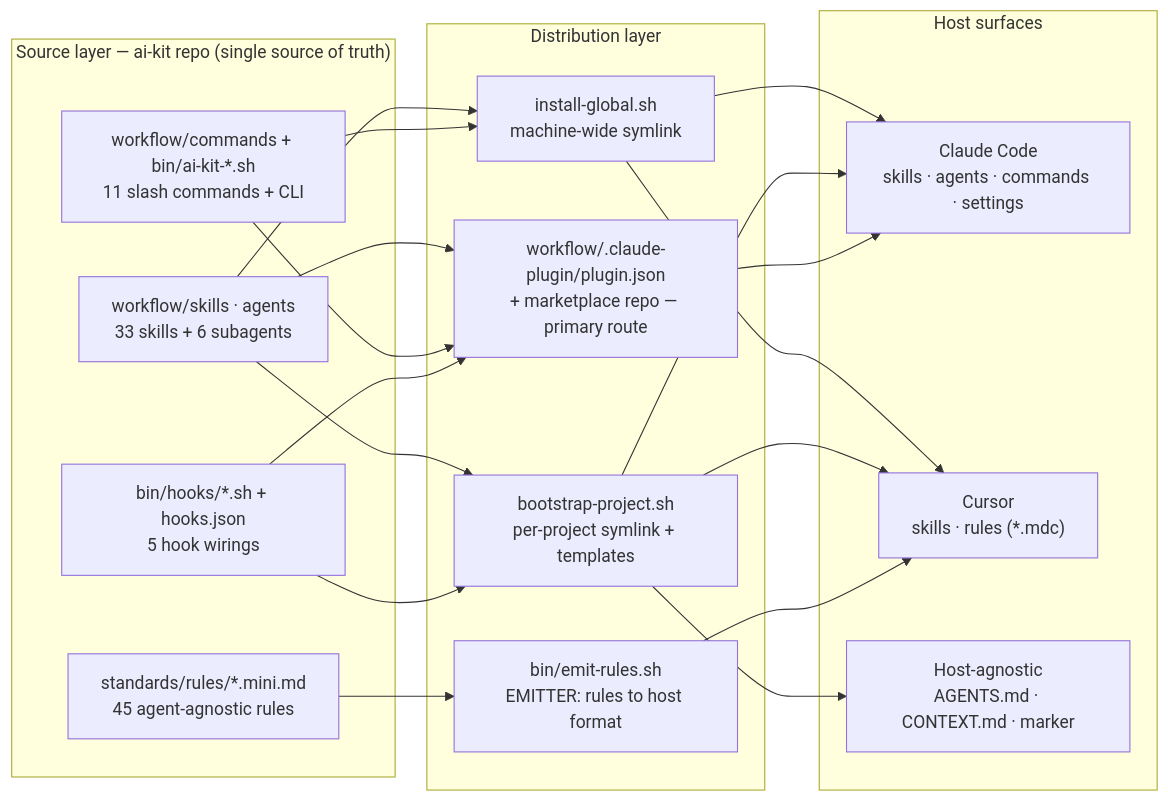
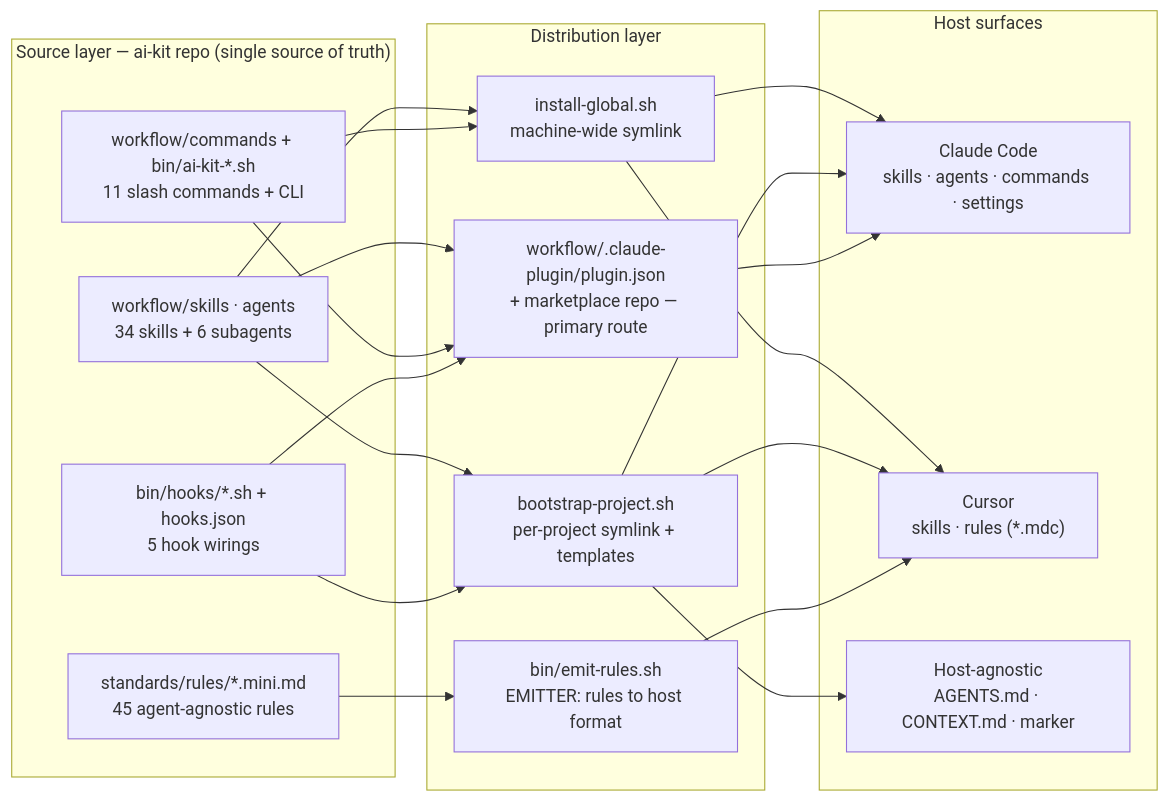
The first of 2 diagrams in docs/diagrams.md (yusufkaracaburun/ai-kit), drawn with Mermaid before and after one commit. The commit also changed 12 other files, not shown here.

````diff
--- a/docs/diagrams.md
+++ b/docs/diagrams.md
@@ -10,32 +10,32 @@
 ```mermaid
 flowchart LR
   subgraph SRC["Source layer — ai-kit repo (single source of truth)"]
-    SA["workflow/skills · agents<br/>33 skills + 6 subagents"]
+    SA["workflow/skills · agents<br/>34 skills + 6 subagents"]
     CB["workflow/commands + bin/ai-kit-*.sh<br/>11 slash commands + CLI"]
     H["bin/hooks/*.sh + hooks.json<br/>5 hook wirings"]
     R["standards/rules/*.mini.md<br/>45 agent-agnostic rules"]
   end
 
   subgraph DIST["Distribution layer"]
     IG["install-global.sh<br/>machine-wide symlink"]
     PL["workflow/.claude-plugin/plugin.json<br/>+ marketplace repo — primary route"]
     BP["bootstrap-project.sh<br/>per-project symlink + templates"]
     ER["bin/emit-rules.sh<br/>EMITTER: rules to host format"]
   end
 
   subgraph HOSTS["Host surfaces"]
     CC["Claude Code<br/>skills · agents · commands · settings"]
     CU["Cursor<br/>skills · rules (*.mdc)"]
     HA["Host-agnostic<br/>AGENTS.md · CONTEXT.md · marker"]
   end
 
   SA --> IG & BP & PL
   CB --> IG & PL
   H --> PL & BP
   R --> ER
 
   IG --> CC & CU
   BP --> CC & CU & HA
   PL --> CC
   ER --> CU
 ```
````
